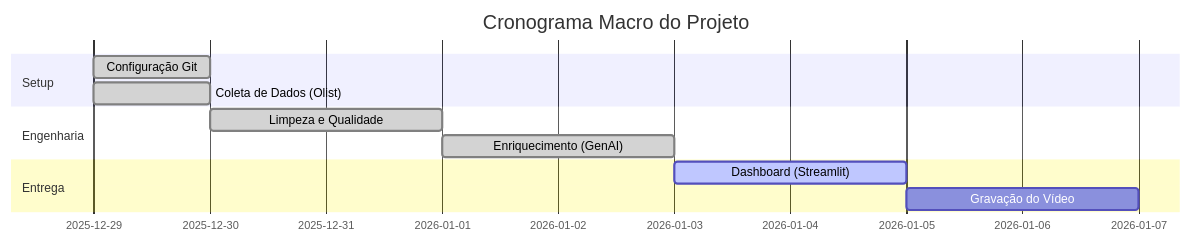
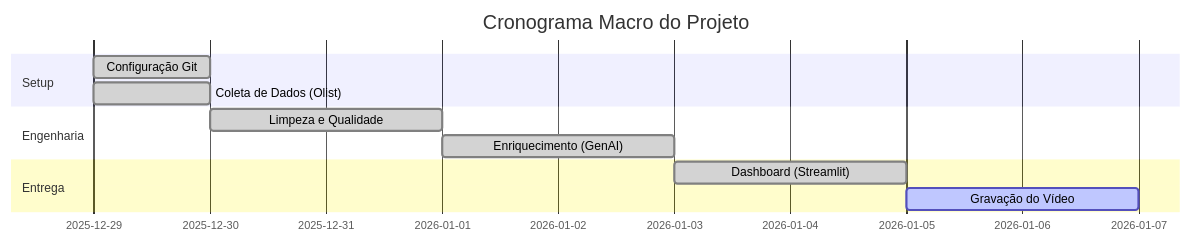
One commit to Luizrev/LUIZ_SOUZA_DDF_TECH_122025 changed the diagram in docs/planejamento.md. Above: the diagram before and after it, drawn with Mermaid. The commit also changed other lines of this file, not shown here.

Commit message:
Atualizando o planejamento: finalizando documentação e ajustando status do dashboard

````diff
--- a/docs/planejamento.md
+++ b/docs/planejamento.md
@@ -27,14 +27,14 @@
 ```mermaid
 gantt
     title Cronograma Macro do Projeto
     dateFormat  YYYY-MM-DD
     section Setup
     Configuração Git          :done,    des1, 2025-12-29, 1d
     Coleta de Dados (Olist)   :done,    des2, 2025-12-29, 1d
     section Engenharia
     Limpeza e Qualidade       :done,  des3, after des2, 2d
     Enriquecimento (GenAI)    :done,des4, after des3, 2d
     section Entrega
-    Dashboard (Streamlit)     :active,  des5, after des4, 2d
-    Gravação do Vídeo         :         des6, after des5, 2d
+    Dashboard (Streamlit)     :done,  des5, after des4, 2d
+    Gravação do Vídeo         :active,des6, after des5, 2d
 ```
````
